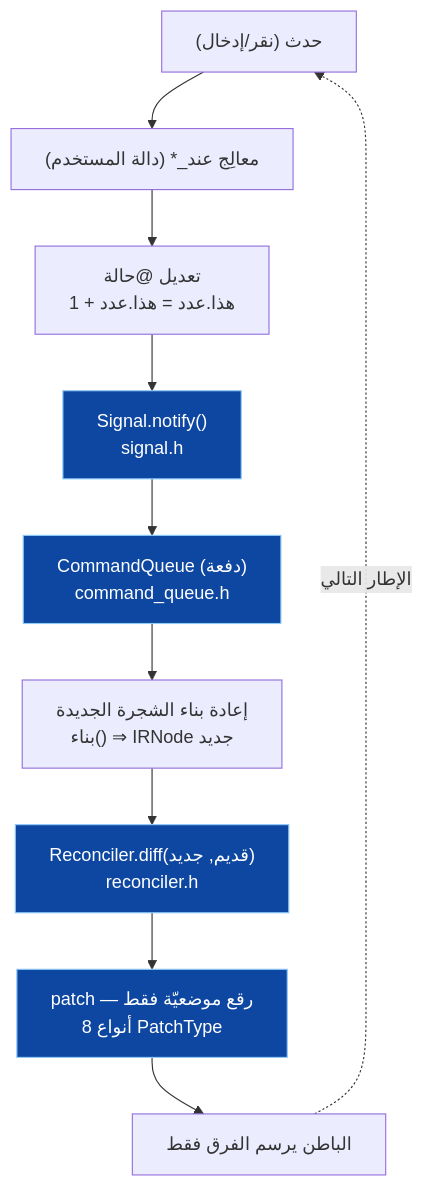
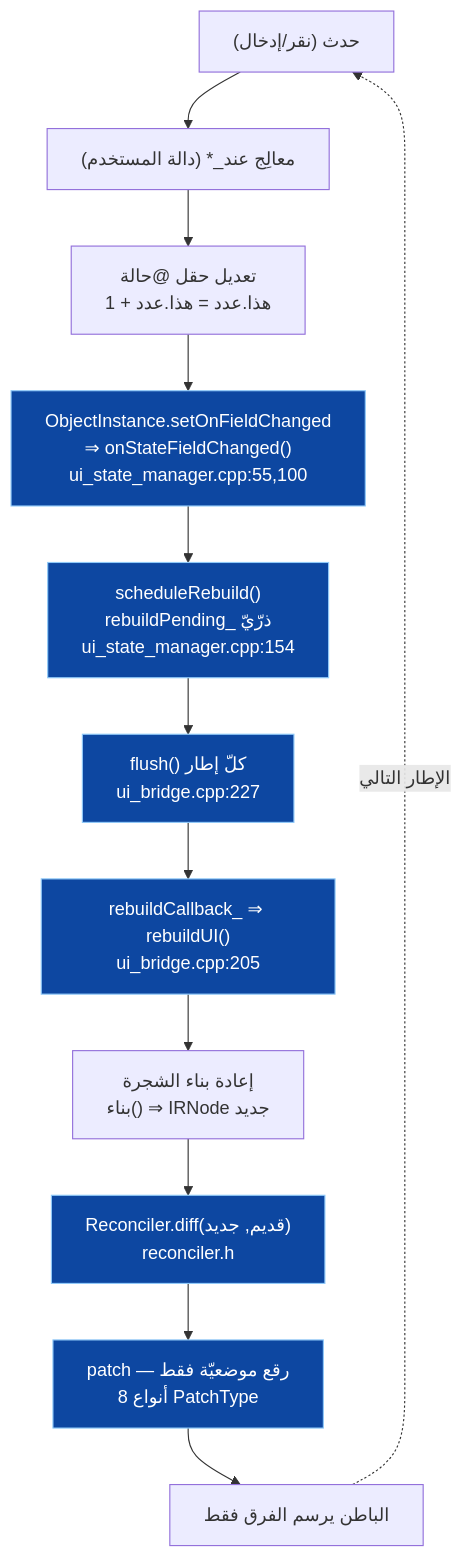
The first of 5 diagrams in projects/graphics-sadui/plan/معماريّة-الأحداث-والحالة.md (sadlang/sadlang-planning), drawn with Mermaid before and after one commit. The commit also changed other lines of this file, not shown here.

First line of the commit message:
graphics-sadui: مراجعة Amelia لمعماريّة الأحداث/الحالة — تصحيحان جوهريّان

````diff
--- a/projects/graphics-sadui/plan/معماريّة-الأحداث-والحالة.md
+++ b/projects/graphics-sadui/plan/معماريّة-الأحداث-والحالة.md
@@ -29,15 +33,17 @@
 ```mermaid
 flowchart TD
     EV["حدث (نقر/إدخال)"] --> H["معالِج عند_* (دالة المستخدم)"]
-    H --> MUT["تعديل @حالة\nهذا.عدد = هذا.عدد + 1"]
-    MUT --> SIG["Signal.notify()\nsignal.h"]
-    SIG --> Q["CommandQueue (دفعة)\ncommand_queue.h"]
-    Q --> RB["إعادة بناء الشجرة الجديدة\nبناء() ⇒ IRNode جديد"]
+    H --> MUT["تعديل حقل @حالة\nهذا.عدد = هذا.عدد + 1"]
+    MUT --> OFC["ObjectInstance.setOnFieldChanged\n⇒ onStateFieldChanged()\nui_state_manager.cpp:55,100"]
+    OFC --> SR["scheduleRebuild()\nrebuildPending_ ذرّيّ\nui_state_manager.cpp:154"]
+    SR --> FL["flush() كلّ إطار\nui_bridge.cpp:227"]
+    FL --> CB["rebuildCallback_ ⇒ rebuildUI()\nui_bridge.cpp:205"]
+    CB --> RB["إعادة بناء الشجرة\nبناء() ⇒ IRNode جديد"]
     RB --> DIFF["Reconciler.diff(قديم, جديد)\nreconciler.h"]
     DIFF --> PATCH["patch — رقع موضعيّة فقط\n8 أنواع PatchType"]
     PATCH --> RENDER["الباطن يرسم الفرق فقط"]
     RENDER -.->|الإطار التالي| EV
 
     classDef core fill:#0d47a1,stroke:#90caf9,color:#fff;
-    class SIG,Q,DIFF,PATCH core;
+    class OFC,SR,FL,CB,DIFF,PATCH core;
 ```
````
